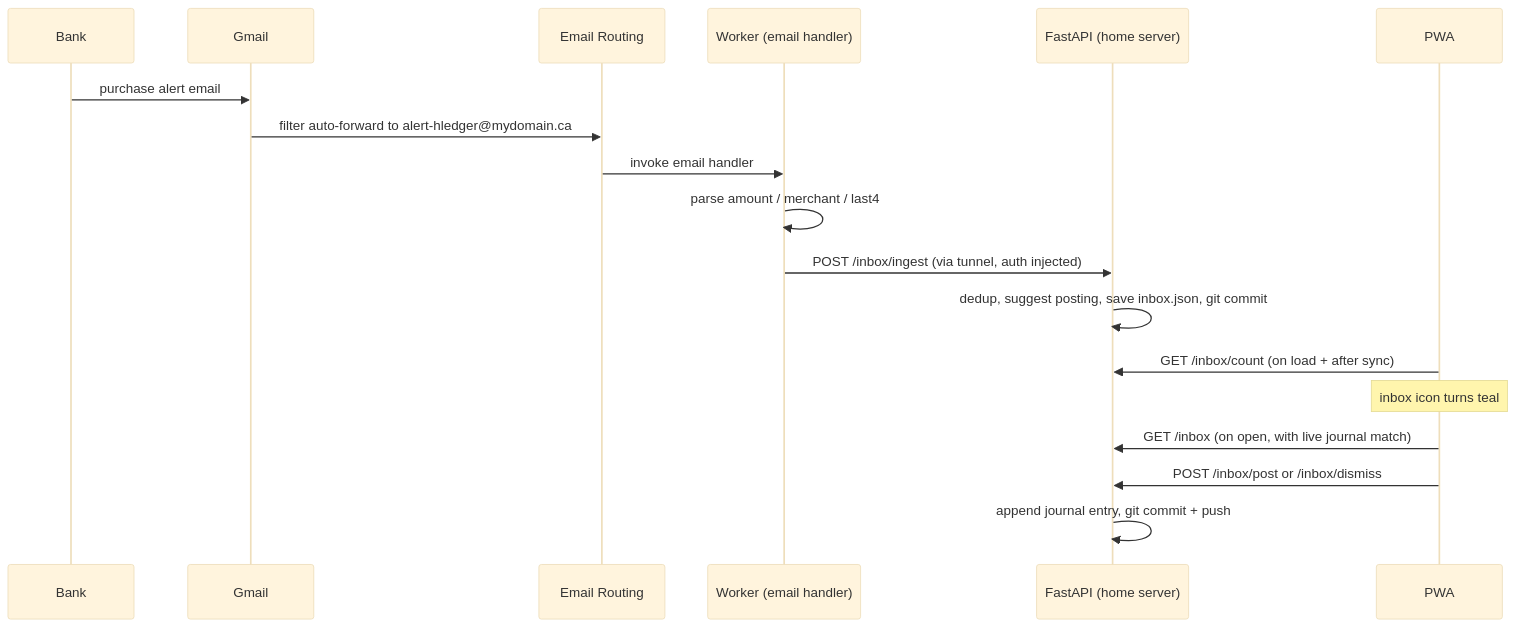
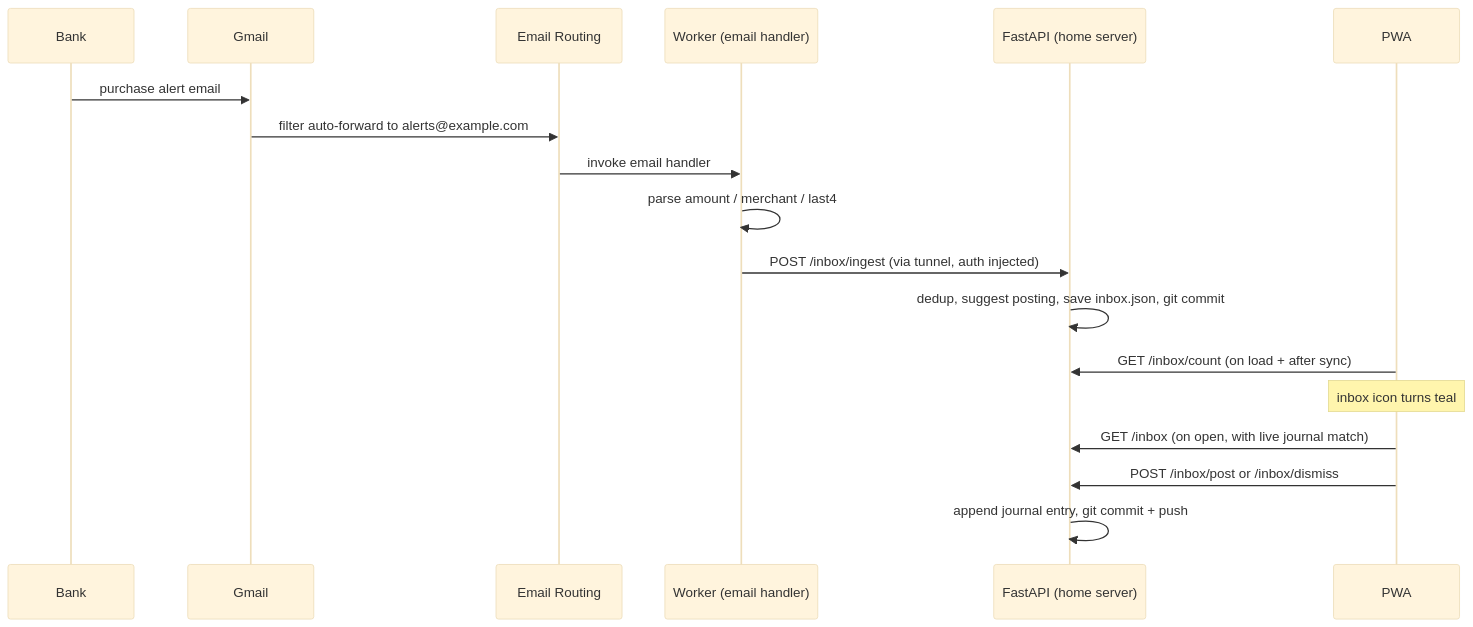
One commit to nayakashish/hledger-wrapper changed the diagram in docs/transaction-inbox.md. Above: the diagram before and after it, drawn with Mermaid (base theme). The commit also changed other lines of this file and 1 other file, not shown here.

````diff
--- a/docs/transaction-inbox.md
+++ b/docs/transaction-inbox.md
@@ -11,21 +11,21 @@
 ```mermaid
 sequenceDiagram
     participant Bank as Bank
     participant Gmail
     participant CF as Email Routing
     participant W as Worker (email handler)
     participant API as FastAPI (home server)
     participant App as PWA
 
     Bank->>Gmail: purchase alert email
-    Gmail->>CF: filter auto-forward to alert-hledger@mydomain.ca
+    Gmail->>CF: filter auto-forward to alerts@example.com
     CF->>W: invoke email handler
     W->>W: parse amount / merchant / last4
     W->>API: POST /inbox/ingest (via tunnel, auth injected)
     API->>API: dedup, suggest posting, save inbox.json, git commit
     App->>API: GET /inbox/count (on load + after sync)
     Note over App: inbox icon turns teal
     App->>API: GET /inbox (on open, with live journal match)
     App->>API: POST /inbox/post or /inbox/dismiss
     API->>API: append journal entry, git commit + push
 ```
````
